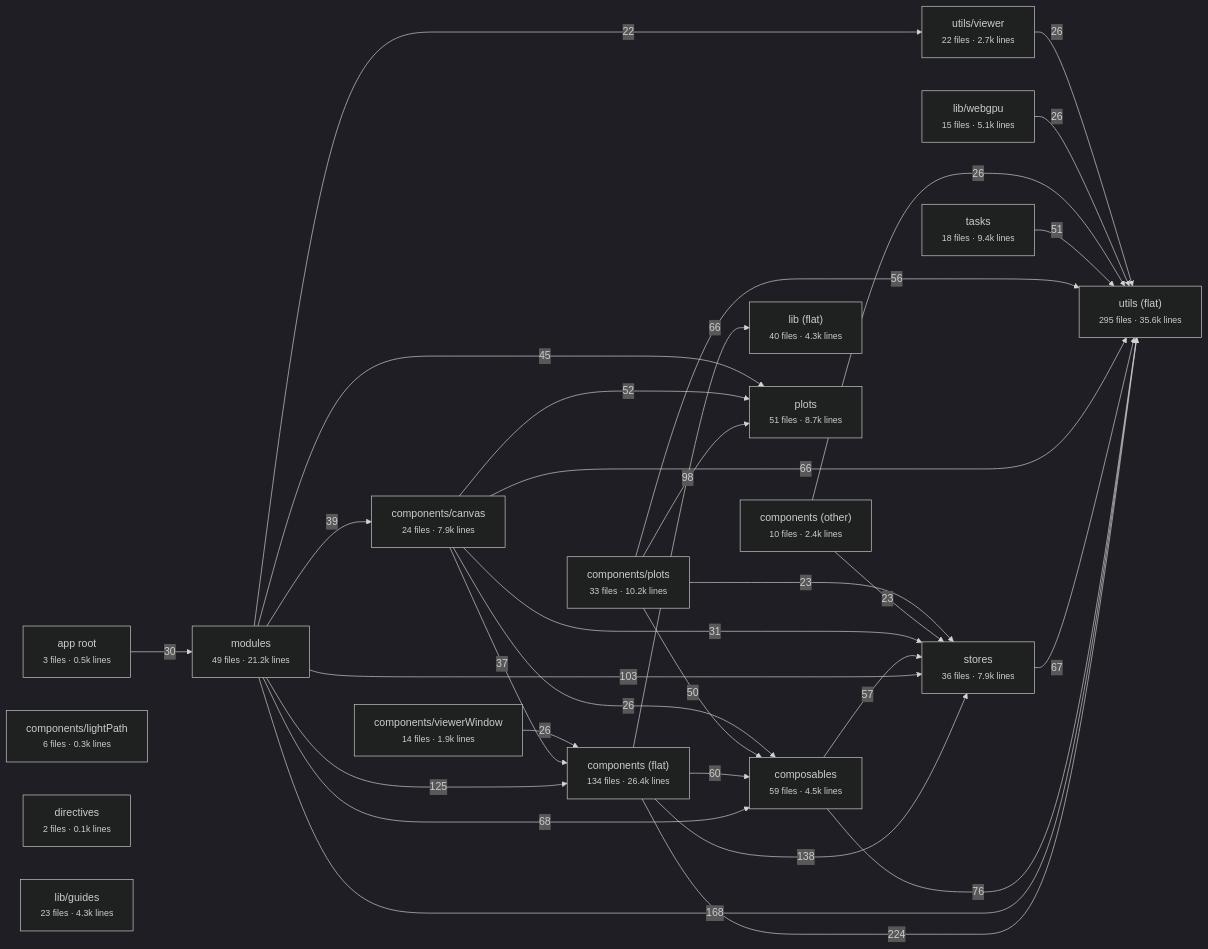
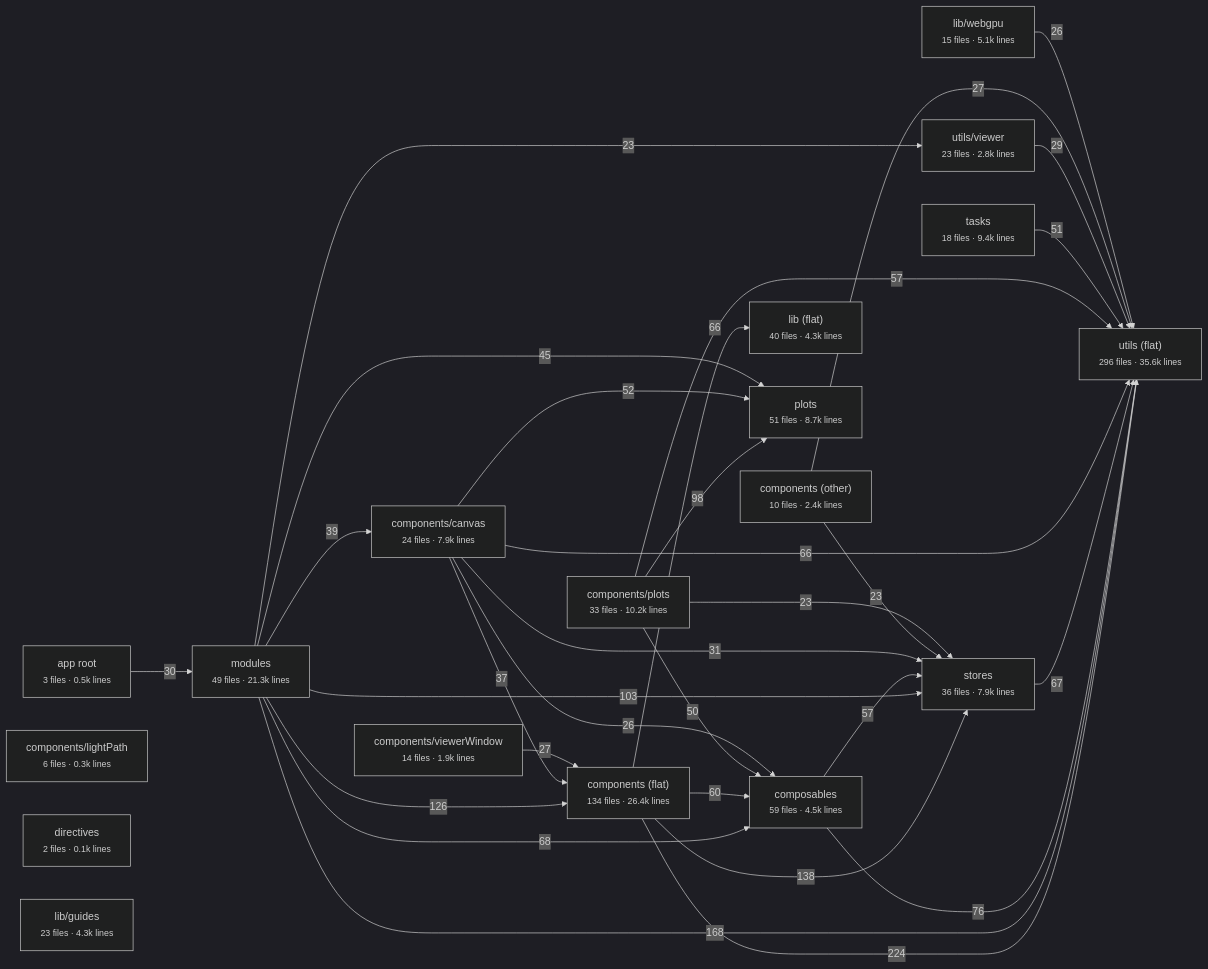
The diagram in docs/architecture/vue/layers.md (schienstockd/cecelia), drawn with Mermaid (dark theme) before and after one commit. The commit also changed other lines of this file and 33 other files, not shown here.

````diff
--- a/docs/architecture/vue/layers.md
+++ b/docs/architecture/vue/layers.md
@@ -10,51 +10,51 @@
 ```mermaid
 flowchart LR
   app_root["app root<br/><small>3 files · 0.5k lines</small>"]
   components__flat_["components (flat)<br/><small>134 files · 26.4k lines</small>"]
   components__other_["components (other)<br/><small>10 files · 2.4k lines</small>"]
   components_canvas["components/canvas<br/><small>24 files · 7.9k lines</small>"]
   components_lightPath["components/lightPath<br/><small>6 files · 0.3k lines</small>"]
   components_plots["components/plots<br/><small>33 files · 10.2k lines</small>"]
   components_viewerWindow["components/viewerWindow<br/><small>14 files · 1.9k lines</small>"]
   composables["composables<br/><small>59 files · 4.5k lines</small>"]
   directives["directives<br/><small>2 files · 0.1k lines</small>"]
   lib__flat_["lib (flat)<br/><small>40 files · 4.3k lines</small>"]
   lib_guides["lib/guides<br/><small>23 files · 4.3k lines</small>"]
   lib_webgpu["lib/webgpu<br/><small>15 files · 5.1k lines</small>"]
-  modules["modules<br/><small>49 files · 21.2k lines</small>"]
+  modules["modules<br/><small>49 files · 21.3k lines</small>"]
   plots["plots<br/><small>51 files · 8.7k lines</small>"]
   stores["stores<br/><small>36 files · 7.9k lines</small>"]
   tasks["tasks<br/><small>18 files · 9.4k lines</small>"]
-  utils__flat_["utils (flat)<br/><small>295 files · 35.6k lines</small>"]
-  utils_viewer["utils/viewer<br/><small>22 files · 2.7k lines</small>"]
+  utils__flat_["utils (flat)<br/><small>296 files · 35.6k lines</small>"]
+  utils_viewer["utils/viewer<br/><small>23 files · 2.8k lines</small>"]
   components__flat_ -->|224| utils__flat_
   modules -->|168| utils__flat_
   components__flat_ -->|138| stores
-  modules -->|125| components__flat_
+  modules -->|126| components__flat_
   modules -->|103| stores
   components_plots -->|98| plots
   composables -->|76| utils__flat_
   modules -->|68| composables
   stores -->|67| utils__flat_
   components__flat_ -->|66| lib__flat_
   components_canvas -->|66| utils__flat_
   components__flat_ -->|60| composables
+  components_plots -->|57| utils__flat_
   composables -->|57| stores
-  components_plots -->|56| utils__flat_
   components_canvas -->|52| plots
   tasks -->|51| utils__flat_
   components_plots -->|50| composables
   modules -->|45| plots
   modules -->|39| components_canvas
   components_canvas -->|37| components__flat_
   components_canvas -->|31| stores
   app_root -->|30| modules
-  components__other_ -->|26| utils__flat_
+  utils_viewer -->|29| utils__flat_
+  components__other_ -->|27| utils__flat_
+  components_viewerWindow -->|27| components__flat_
   components_canvas -->|26| composables
-  components_viewerWindow -->|26| components__flat_
   lib_webgpu -->|26| utils__flat_
-  utils_viewer -->|26| utils__flat_
   components__other_ -->|23| stores
   components_plots -->|23| stores
-  modules -->|22| utils_viewer
+  modules -->|23| utils_viewer
 ```
````
